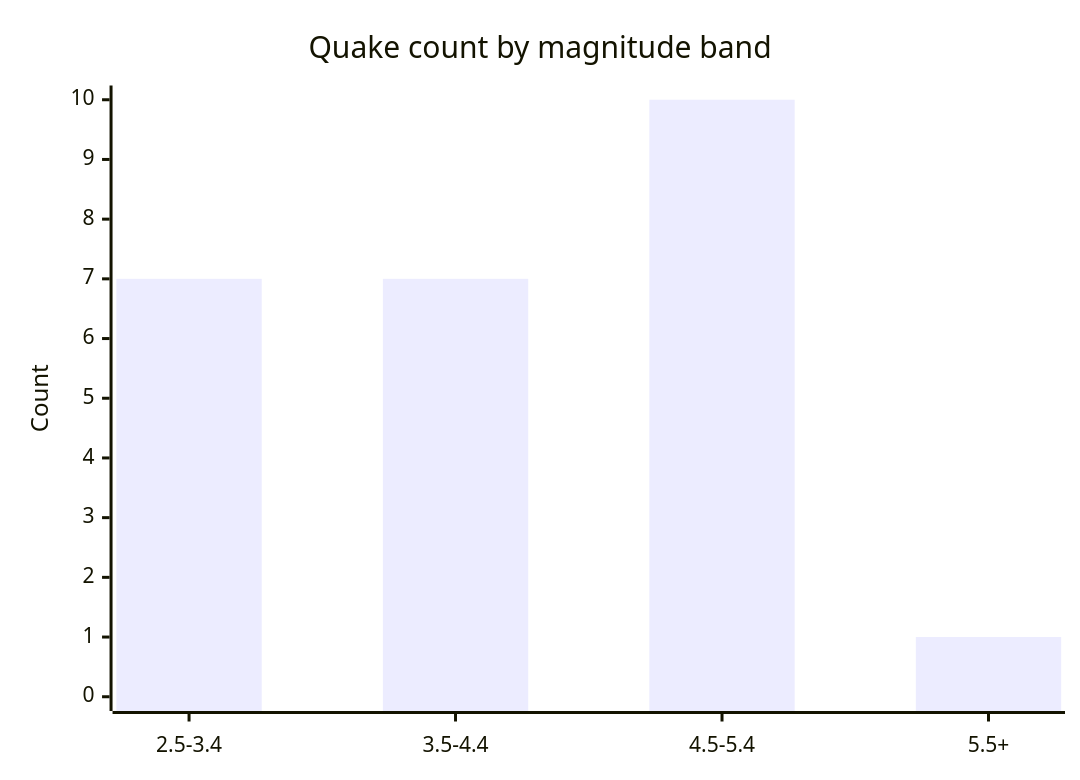
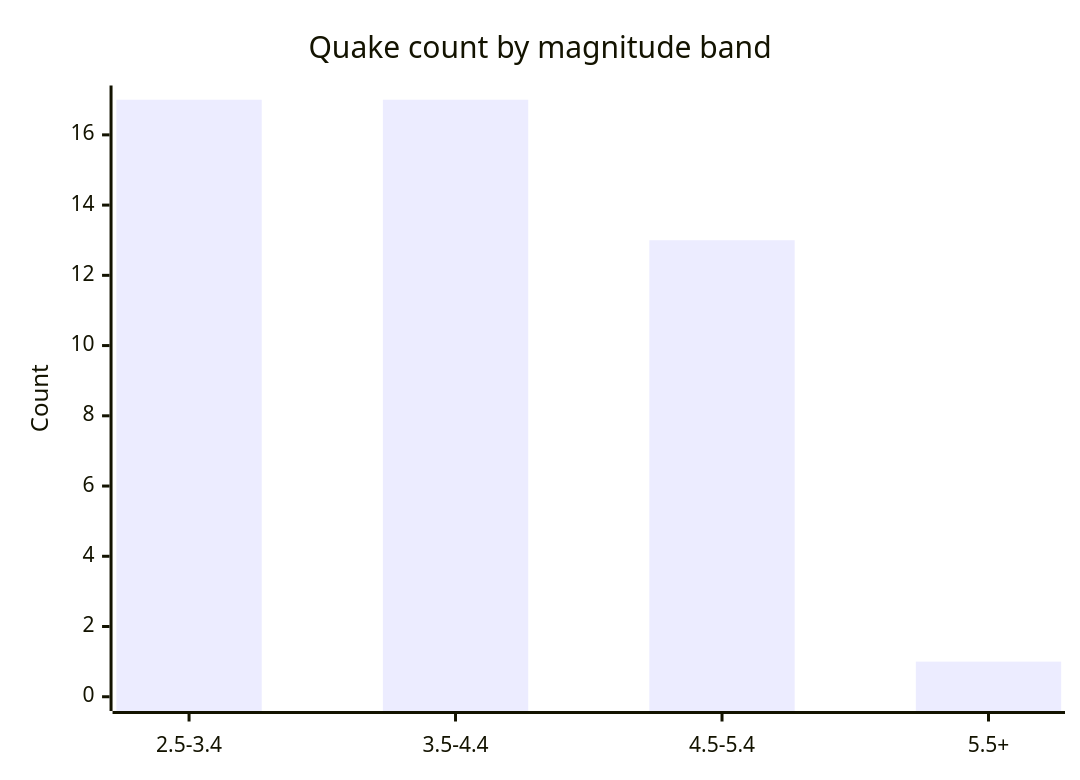
Before and after one commit to Midwest-Stratospheric/aerostratospheric-defense-gir: the fifth of 6 diagrams in docs/GRAPHS.md, drawn with Mermaid. The commit also changed other lines of this file and 24 other files, not shown here.

````diff
--- a/docs/GRAPHS.md
+++ b/docs/GRAPHS.md
@@ -82,7 +82,7 @@
 ```mermaid
 xychart-beta
   title "Quake count by magnitude band"
   x-axis ["2.5-3.4", "3.5-4.4", "4.5-5.4", "5.5+"]
-  y-axis "Count" 0 --> 10
-  bar [7, 7, 10, 1]
+  y-axis "Count" 0 --> 17
+  bar [17, 17, 13, 1]
 ```
````
